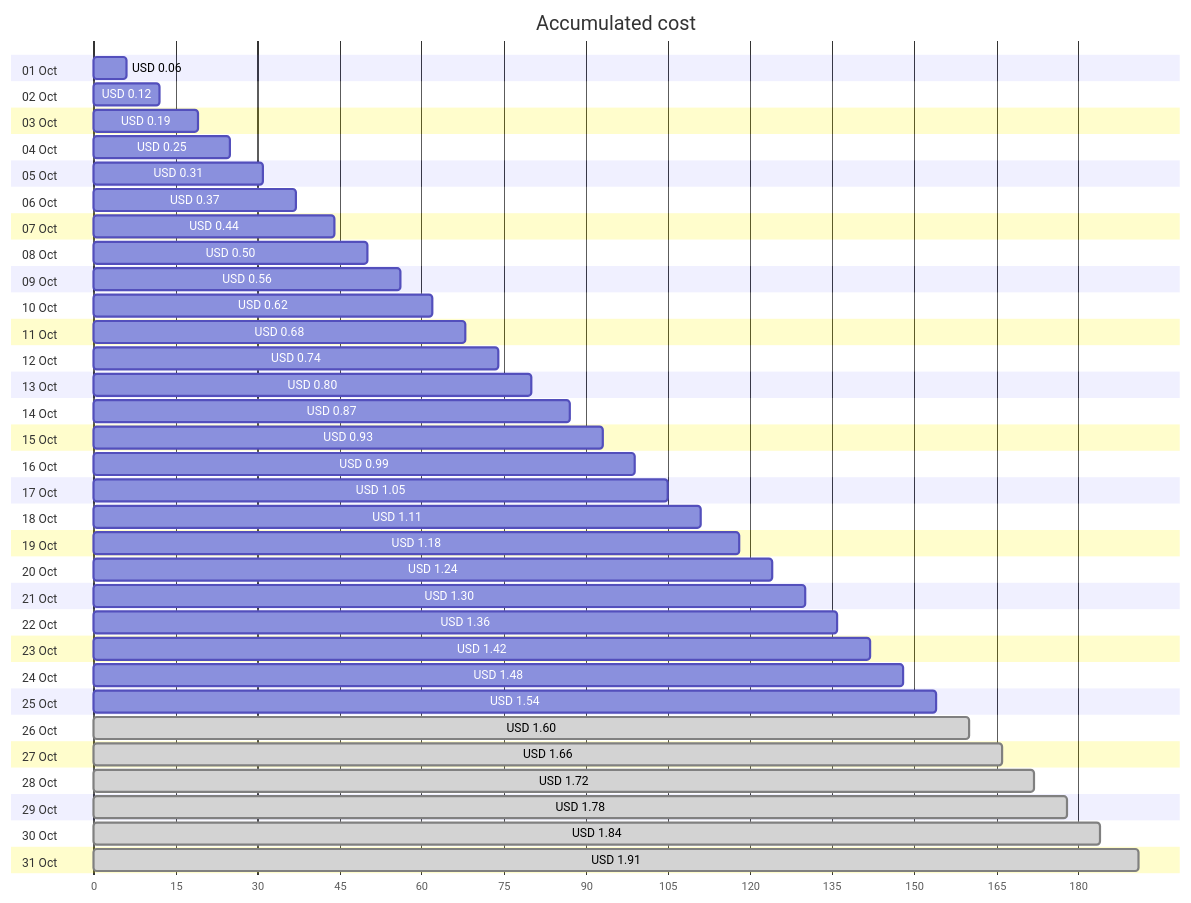
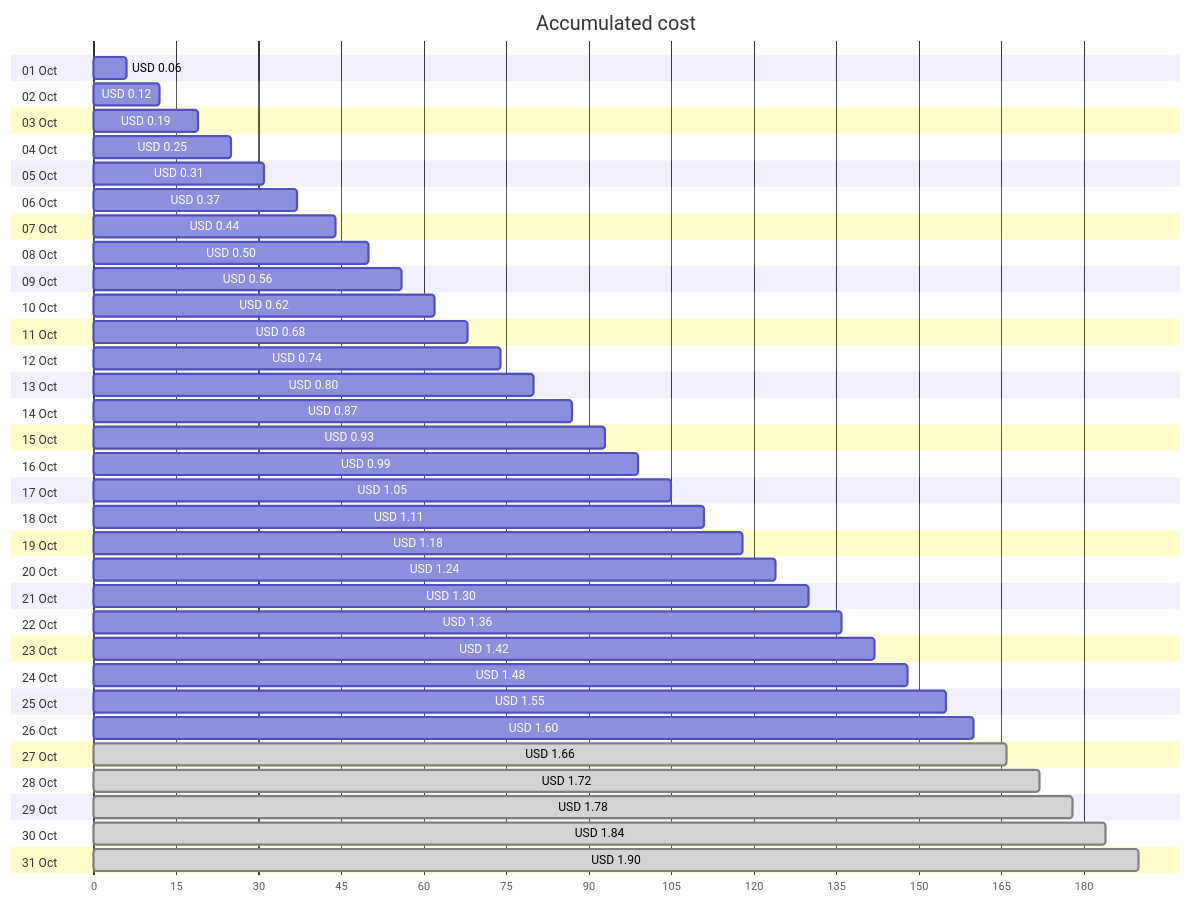
The first of 4 diagrams in cost-reports/personal-network/vpn-server_OsDisk.md (jpfulton/azure-personal-reports), drawn with Mermaid before and after one commit. The commit also changed other lines of this file and 7 other files, not shown here.

````diff
--- a/cost-reports/personal-network/vpn-server_OsDisk.md
+++ b/cost-reports/personal-network/vpn-server_OsDisk.md
@@ -20,68 +20,68 @@
 ```mermaid
 gantt
    title Accumulated cost
    dateFormat  X
    axisFormat %s
    section 01 Oct
    USD 0.06 :0, 6
    section 02 Oct
    USD 0.12 :0, 12
    section 03 Oct
    USD 0.19 :0, 19
    section 04 Oct
    USD 0.25 :0, 25
    section 05 Oct
    USD 0.31 :0, 31
    section 06 Oct
    USD 0.37 :0, 37
    section 07 Oct
    USD 0.44 :0, 44
    section 08 Oct
    USD 0.50 :0, 50
    section 09 Oct
    USD 0.56 :0, 56
    section 10 Oct
    USD 0.62 :0, 62
    section 11 Oct
    USD 0.68 :0, 68
    section 12 Oct
    USD 0.74 :0, 74
    section 13 Oct
    USD 0.80 :0, 80
    section 14 Oct
    USD 0.87 :0, 87
    section 15 Oct
    USD 0.93 :0, 93
    section 16 Oct
    USD 0.99 :0, 99
    section 17 Oct
    USD 1.05 :0, 105
    section 18 Oct
    USD 1.11 :0, 111
    section 19 Oct
    USD 1.18 :0, 118
    section 20 Oct
    USD 1.24 :0, 124
    section 21 Oct
    USD 1.30 :0, 130
    section 22 Oct
    USD 1.36 :0, 136
    section 23 Oct
    USD 1.42 :0, 142
    section 24 Oct
    USD 1.48 :0, 148
    section 25 Oct
-   USD 1.54 :0, 154
+   USD 1.55 :0, 155
    section 26 Oct
-   USD 1.60 : done, 0, 160
+   USD 1.60 :0, 160
    section 27 Oct
    USD 1.66 : done, 0, 166
    section 28 Oct
    USD 1.72 : done, 0, 172
    section 29 Oct
    USD 1.78 : done, 0, 178
    section 30 Oct
    USD 1.84 : done, 0, 184
    section 31 Oct
-   USD 1.91 : done, 0, 191
+   USD 1.90 : done, 0, 190
 ```
````
